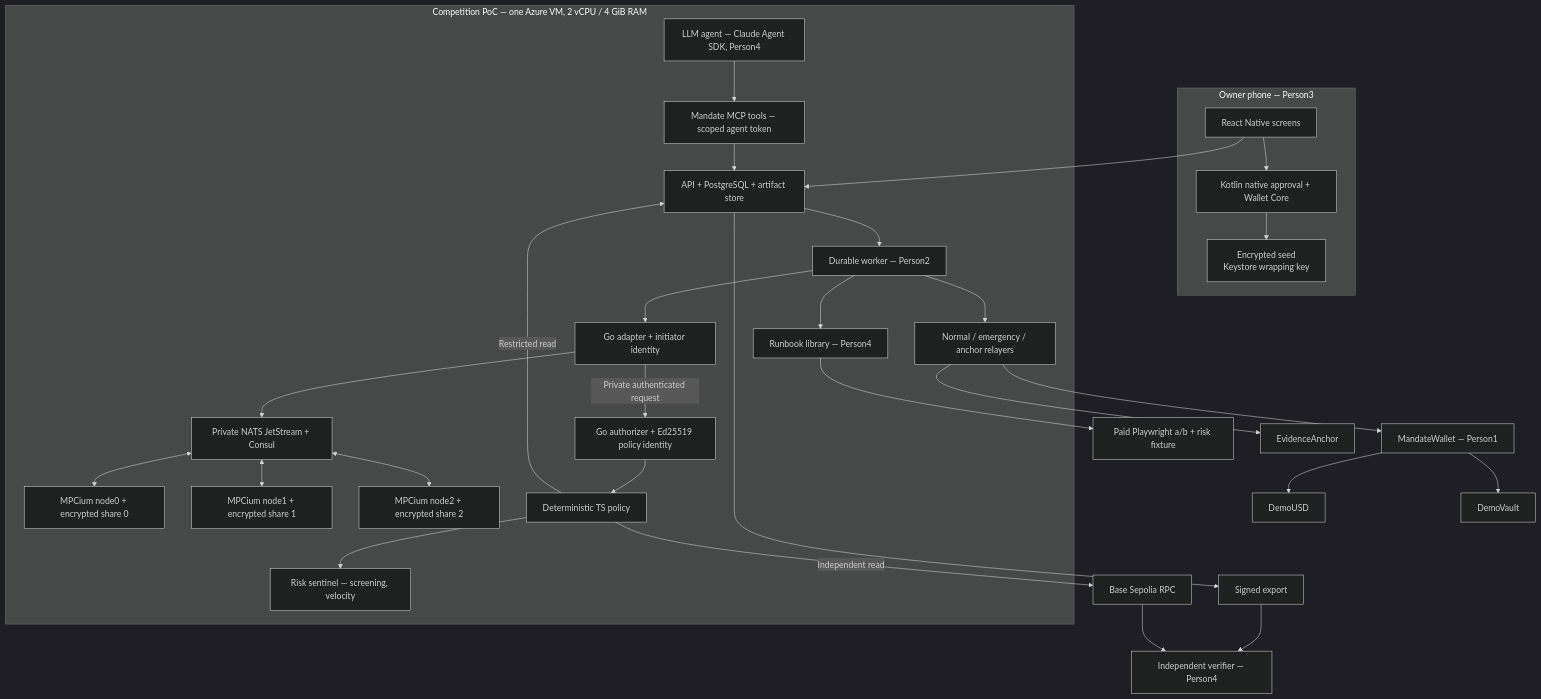
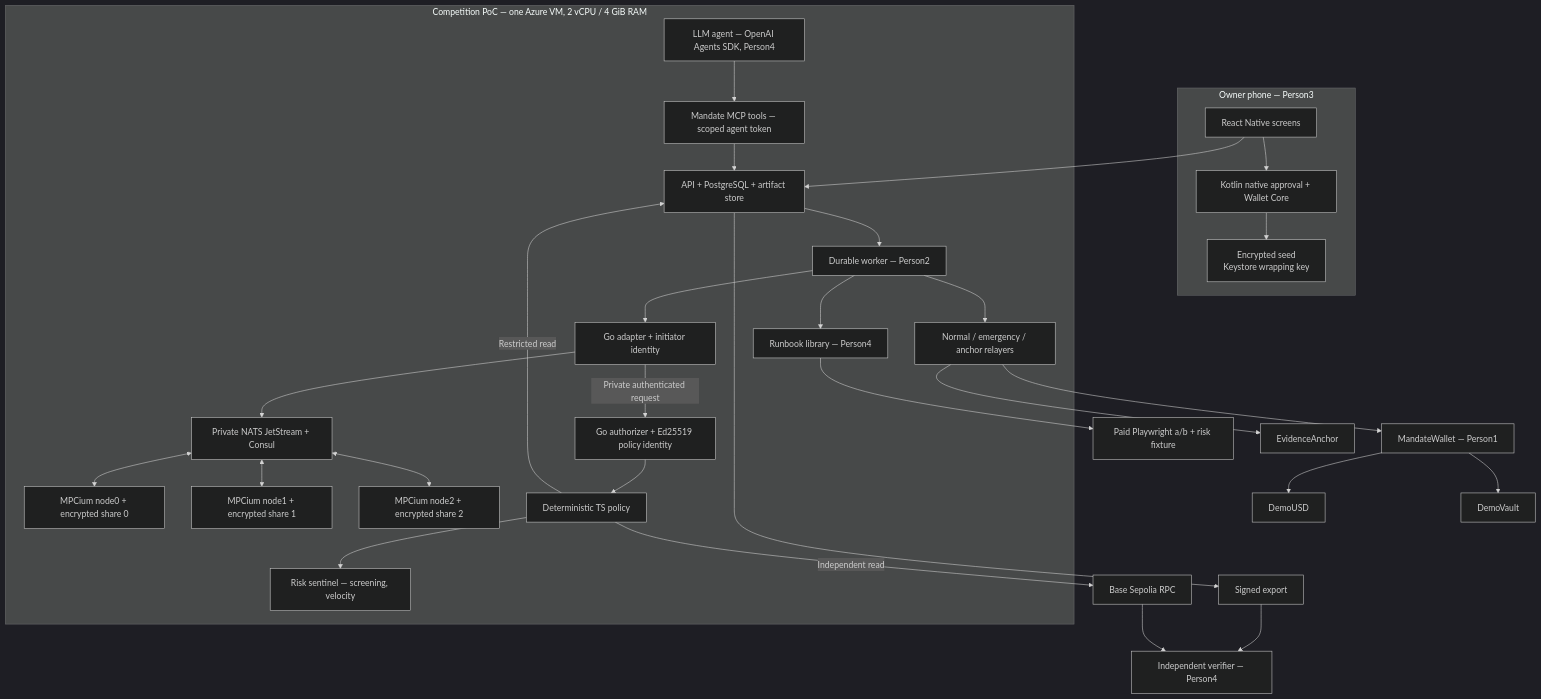
Before and after one commit to Safius-Sifat/Fintechathon: the first of 4 diagrams in architecture.md, drawn with Mermaid (dark theme). The commit also changed other lines of this file and 10 other files, not shown here.

Commit message:
docs: describe one OpenAI Agents SDK runtime, the chat agent and order verification

````diff
--- a/architecture.md
+++ b/architecture.md
@@ -21,47 +21,47 @@
 ```mermaid
 flowchart TD
  subgraph Device[Owner phone — Person3]
   RN[React Native screens] --> Native[Kotlin native approval + Wallet Core]
   Native --> Seed[Encrypted seed\nKeystore wrapping key]
  end
  subgraph A[Competition PoC — one Azure VM, 2 vCPU / 4 GiB RAM]
   API[API + PostgreSQL + artifact store]
   Worker[Durable worker — Person2]
   Driver[Runbook library — Person4]
-  AgentRT[LLM agent — Claude Agent SDK, Person4]
+  AgentRT[LLM agent — OpenAI Agents SDK, Person4]
   MCP[Mandate MCP tools — scoped agent token]
   Sentinel[Risk sentinel — screening, velocity]
   Adapter[Go adapter + initiator identity]
   N0[MPCium node0 + encrypted share 0]
   N1[MPCium node1 + encrypted share 1]
   N2[MPCium node2 + encrypted share 2]
   P[Deterministic TS policy]
   Auth[Go authorizer + Ed25519 policy identity]
   Auth --> P
   Bus[Private NATS JetStream + Consul]
   Relayer[Normal / emergency / anchor relayers]
   API --> Worker
   AgentRT --> MCP
   MCP --> API
   Worker --> Driver
   P --> Sentinel
   Worker --> Adapter
   Adapter --> Bus
   Bus <--> N0
   Bus <--> N1
   Bus <--> N2
   Worker --> Relayer
  end
  RN --> API
  Adapter -->|Private authenticated request| Auth
   P -->|Independent read| RPC[Base Sepolia RPC]
  P -->|Restricted read| API
  Driver --> Services[Paid Playwright a/b + risk fixture]
  Relayer --> Wallet[MandateWallet — Person1]
  Wallet --> Token[DemoUSD]
  Wallet --> Vault[DemoVault]
  Relayer --> Anchor[EvidenceAnchor]
  API --> Export[Signed export]
  Export --> Verifier[Independent verifier — Person4]
  RPC --> Verifier
 ```
````
